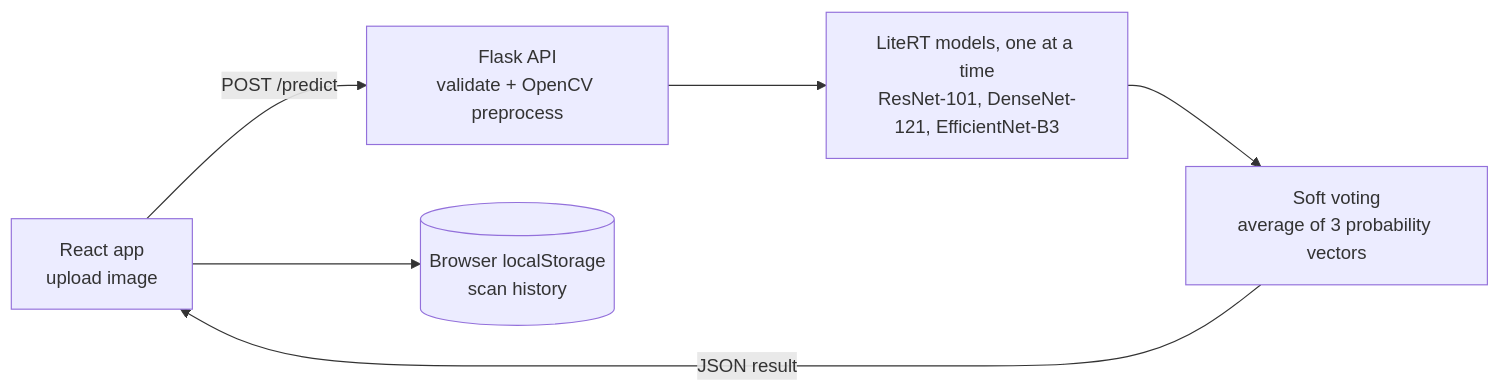
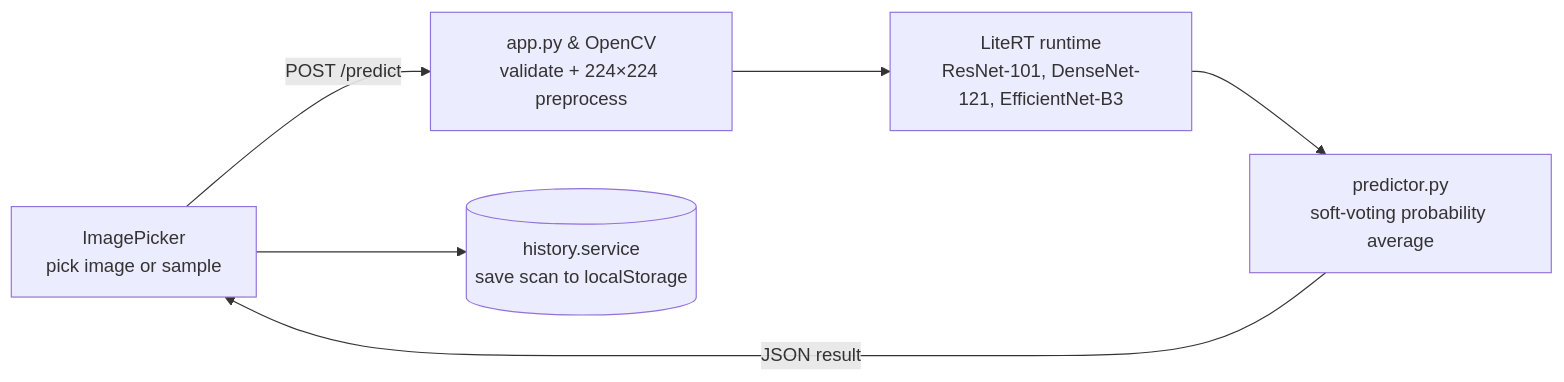
One commit to Purvesh-PJ/ai-skin-lesion-classification-system changed the diagram in README.md. Above: the diagram before and after it, drawn with Mermaid. The commit also changed other lines of this file, not shown here.

Commit message:
docs: enrich header badges, module workflow diagram, tech stack, and author footer

````diff
--- a/README.md
+++ b/README.md
@@ -39,8 +41,8 @@
 ```mermaid
 flowchart LR
-    A["React app<br/>upload image"] -->|"POST /predict"| B["Flask API<br/>validate + OpenCV preprocess"]
-    B --> C["LiteRT models, one at a time<br/>ResNet-101, DenseNet-121, EfficientNet-B3"]
-    C --> D["Soft voting<br/>average of 3 probability vectors"]
+    A["ImagePicker<br/>pick image or sample"] -->|"POST /predict"| B["app.py & OpenCV<br/>validate + 224×224 preprocess"]
+    B --> C["LiteRT runtime<br/>ResNet-101, DenseNet-121, EfficientNet-B3"]
+    C --> D["predictor.py<br/>soft-voting probability average"]
     D -->|"JSON result"| A
-    A --> E[("Browser localStorage<br/>scan history")]
+    A --> E[("history.service<br/>save scan to localStorage")]
 ```
````
